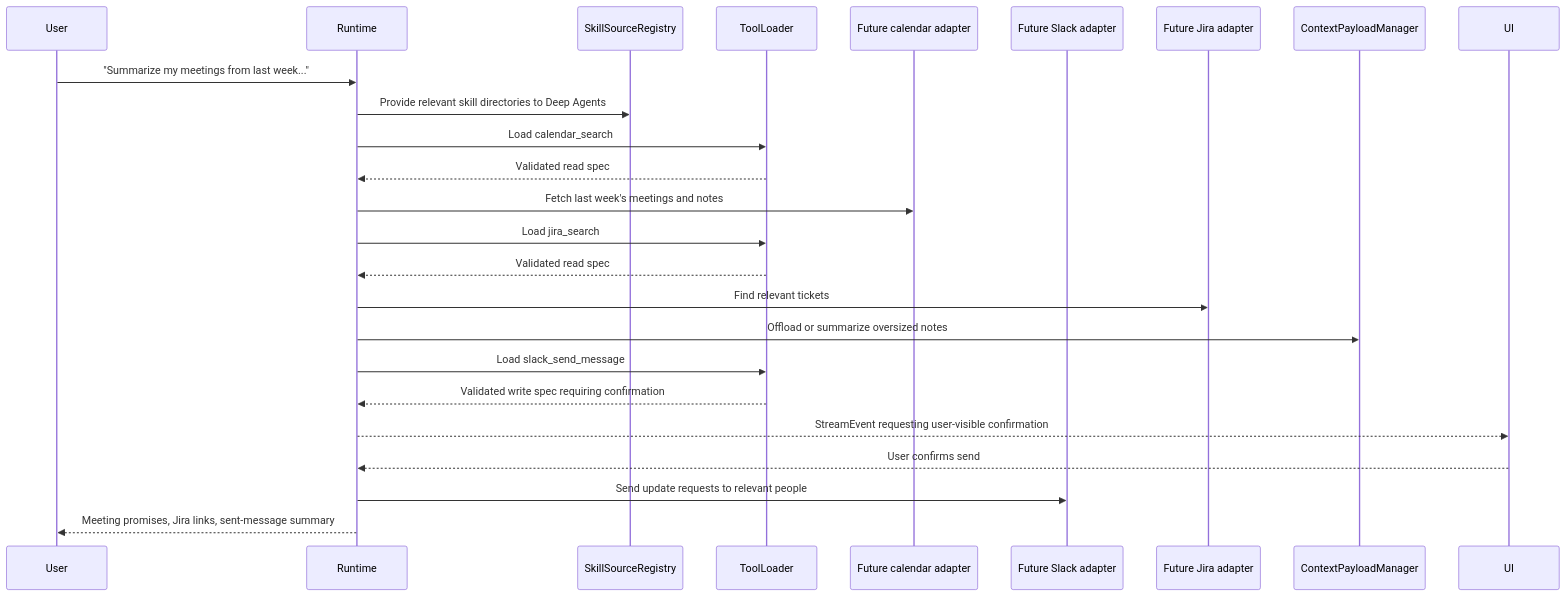
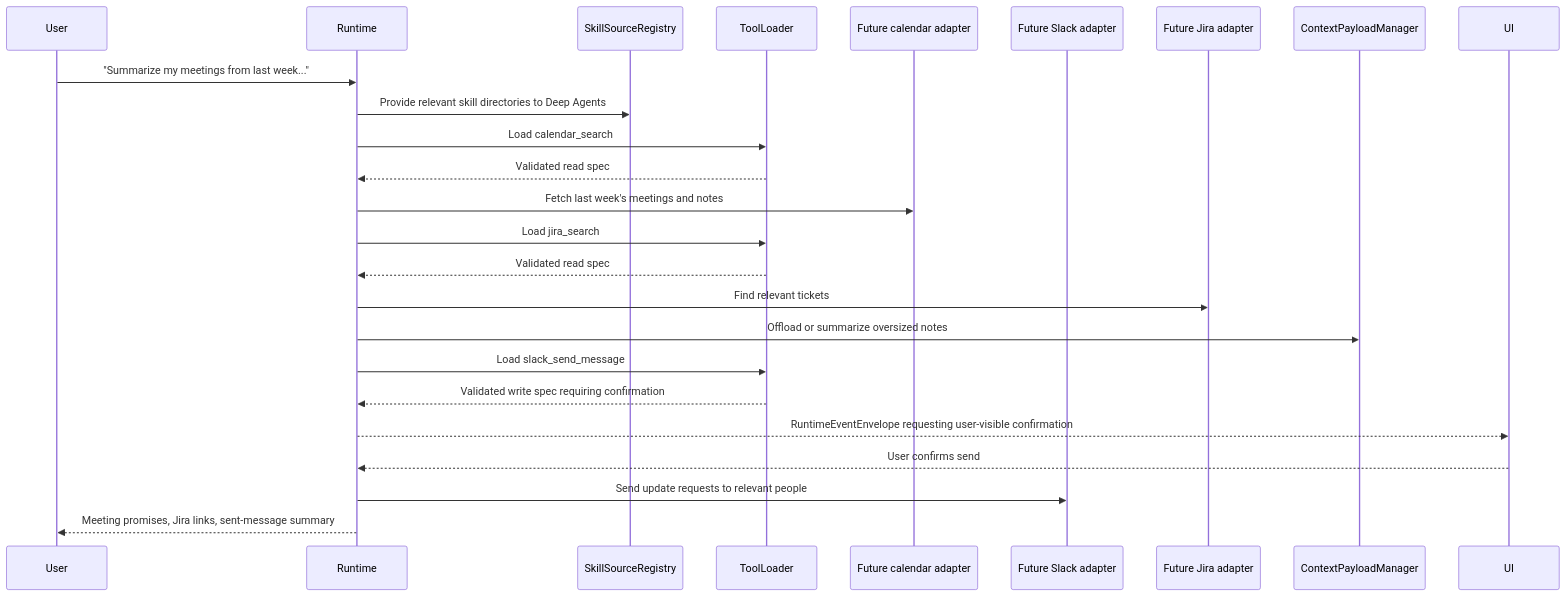
The fifth of 8 diagrams in services/ai-backend/docs/architecture/data-flow.md (0x-copilot-dev/0x-copilot), drawn with Mermaid before and after one commit. The commit also changed other lines of this file and 36 other files, not shown here.

First line of the commit message:
Align runtime stream events

````diff
--- a/services/ai-backend/docs/architecture/data-flow.md
+++ b/services/ai-backend/docs/architecture/data-flow.md
@@ -177,28 +178,28 @@
 ```mermaid
 sequenceDiagram
   participant User
   participant Runtime
   participant Skills as SkillSourceRegistry
   participant ToolLoader
   participant Calendar as Future calendar adapter
   participant Slack as Future Slack adapter
   participant Jira as Future Jira adapter
   participant Memory as ContextPayloadManager
   participant UI
 
   User->>Runtime: "Summarize my meetings from last week..."
   Runtime->>Skills: Provide relevant skill directories to Deep Agents
   Runtime->>ToolLoader: Load calendar_search
   ToolLoader-->>Runtime: Validated read spec
   Runtime->>Calendar: Fetch last week's meetings and notes
   Runtime->>ToolLoader: Load jira_search
   ToolLoader-->>Runtime: Validated read spec
   Runtime->>Jira: Find relevant tickets
   Runtime->>Memory: Offload or summarize oversized notes
   Runtime->>ToolLoader: Load slack_send_message
   ToolLoader-->>Runtime: Validated write spec requiring confirmation
-  Runtime-->>UI: StreamEvent requesting user-visible confirmation
+  Runtime-->>UI: RuntimeEventEnvelope requesting user-visible confirmation
   UI-->>Runtime: User confirms send
   Runtime->>Slack: Send update requests to relevant people
   Runtime-->>User: Meeting promises, Jira links, sent-message summary
 ```
````
